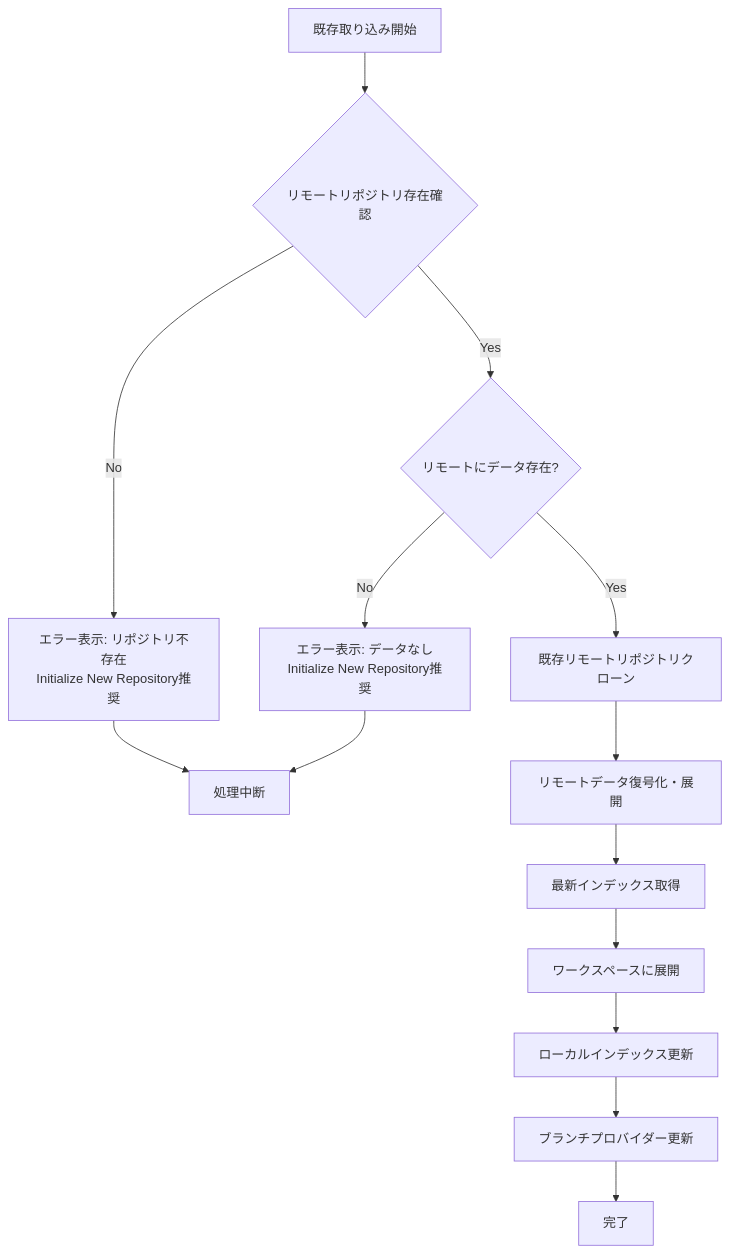
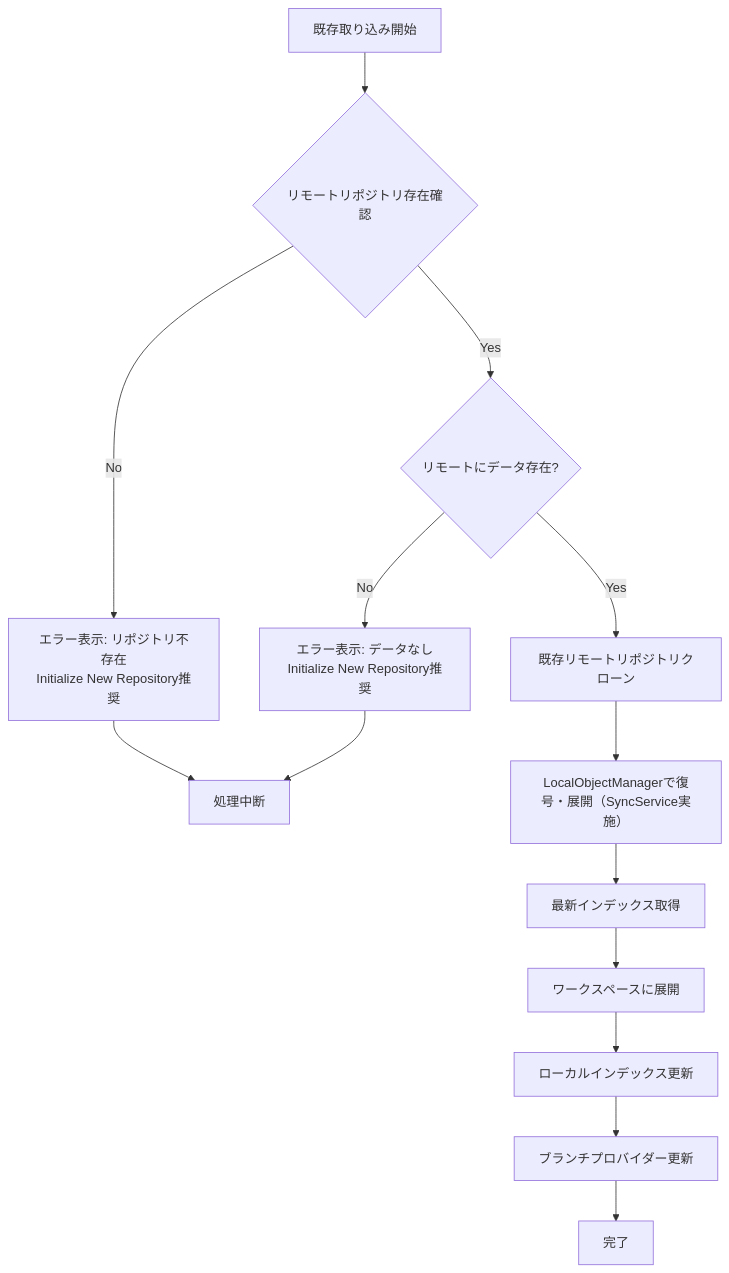
One commit to masahide/SecureNotesSyncVSCodeExt changed the sixth of 10 diagrams in docs/spec.md. Above: the diagram before and after it, drawn with Mermaid. The commit also changed other lines of this file and 11 other files, not shown here.

````diff
--- a/docs/spec.md
+++ b/docs/spec.md
@@ -209,17 +209,17 @@
 ```mermaid
 graph TD
     A[既存取り込み開始] --> B{リモートリポジトリ存在確認};
     B -->|No| C[エラー表示: リポジトリ不存在<br/>Initialize New Repository推奨];
     B -->|Yes| D{リモートにデータ存在?};
     D -->|No| E[エラー表示: データなし<br/>Initialize New Repository推奨];
     D -->|Yes| F[既存リモートリポジトリクローン];
 
-    F --> G[リモートデータ復号化・展開];
+    F --> G[LocalObjectManagerで復号・展開（SyncService実施）];
     G --> H[最新インデックス取得];
     H --> I[ワークスペースに展開];
     I --> J[ローカルインデックス更新];
     J --> K[ブランチプロバイダー更新];
     K --> L[完了];
     C --> M[処理中断];
     E --> M;
 ```
````
